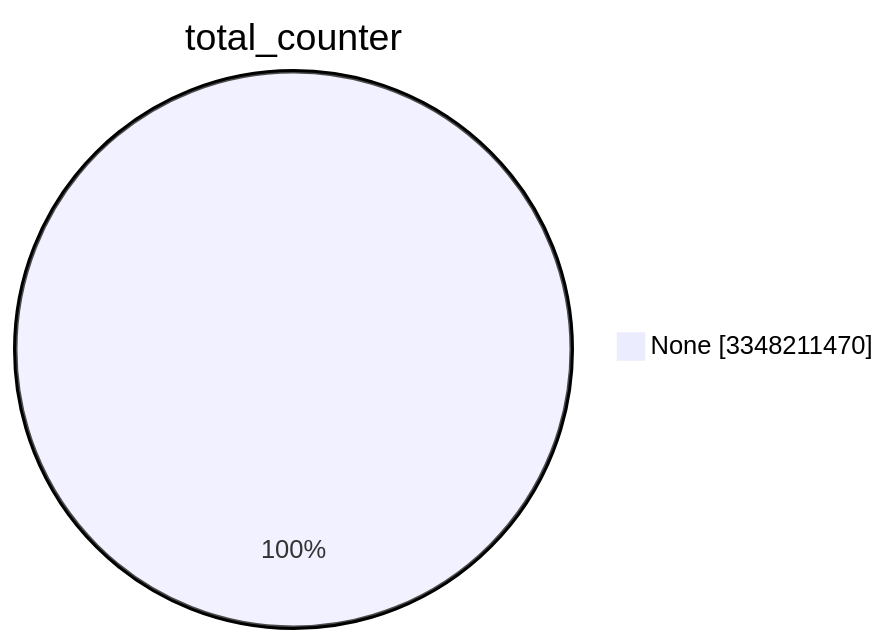
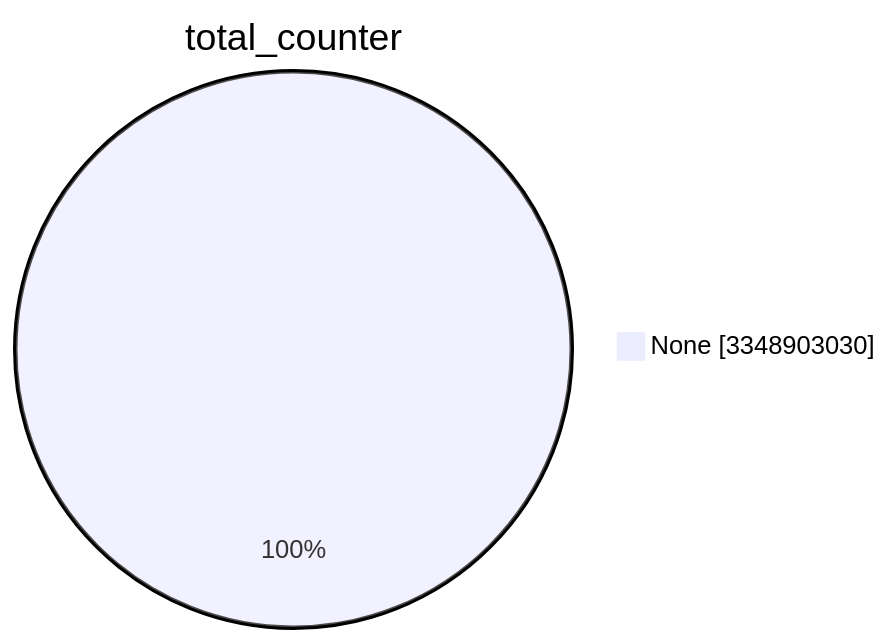
The first of 15 diagrams in TOTAL/README.md (christiankrug/ctmonitor_visualization), drawn with Mermaid before and after one commit. The commit also changed other lines of this file, not shown here.

````diff
--- a/TOTAL/README.md
+++ b/TOTAL/README.md
@@ -1,5 +1,5 @@
 ```mermaid
 pie showData
 title total_counter
-"None" :3348211470
+"None" :3348903030
 ```
````
